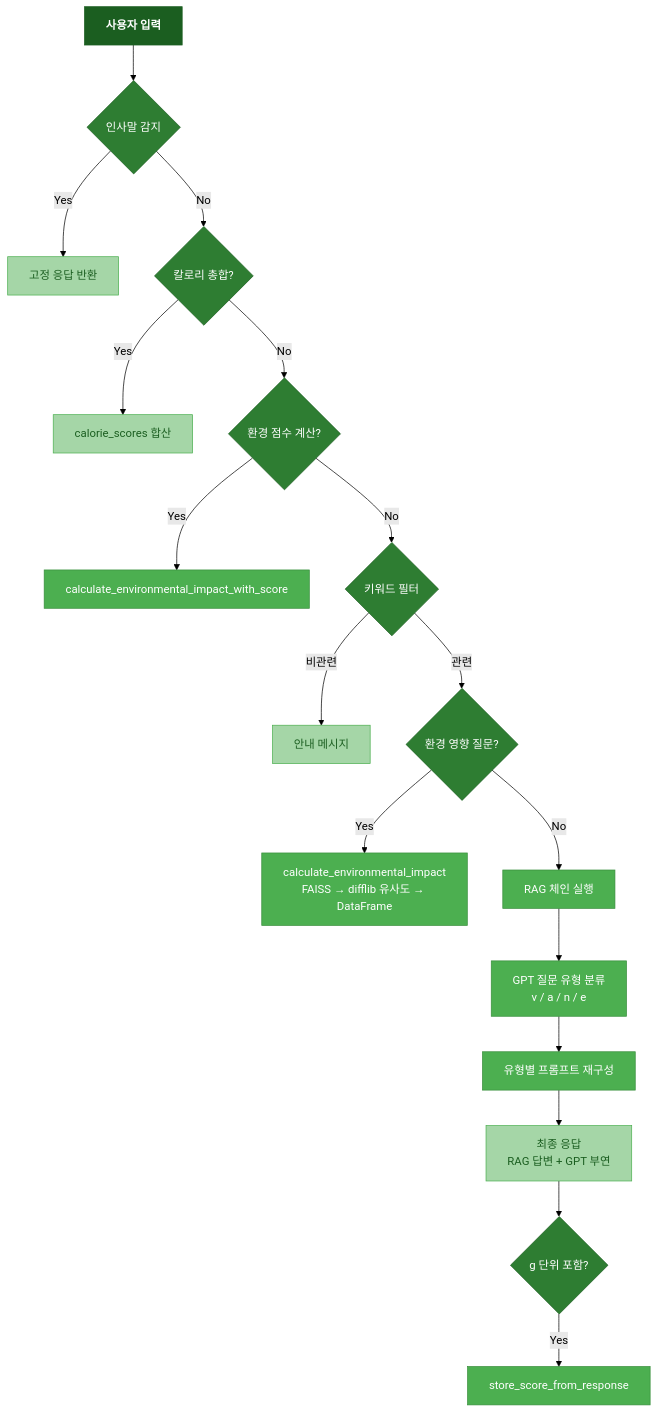
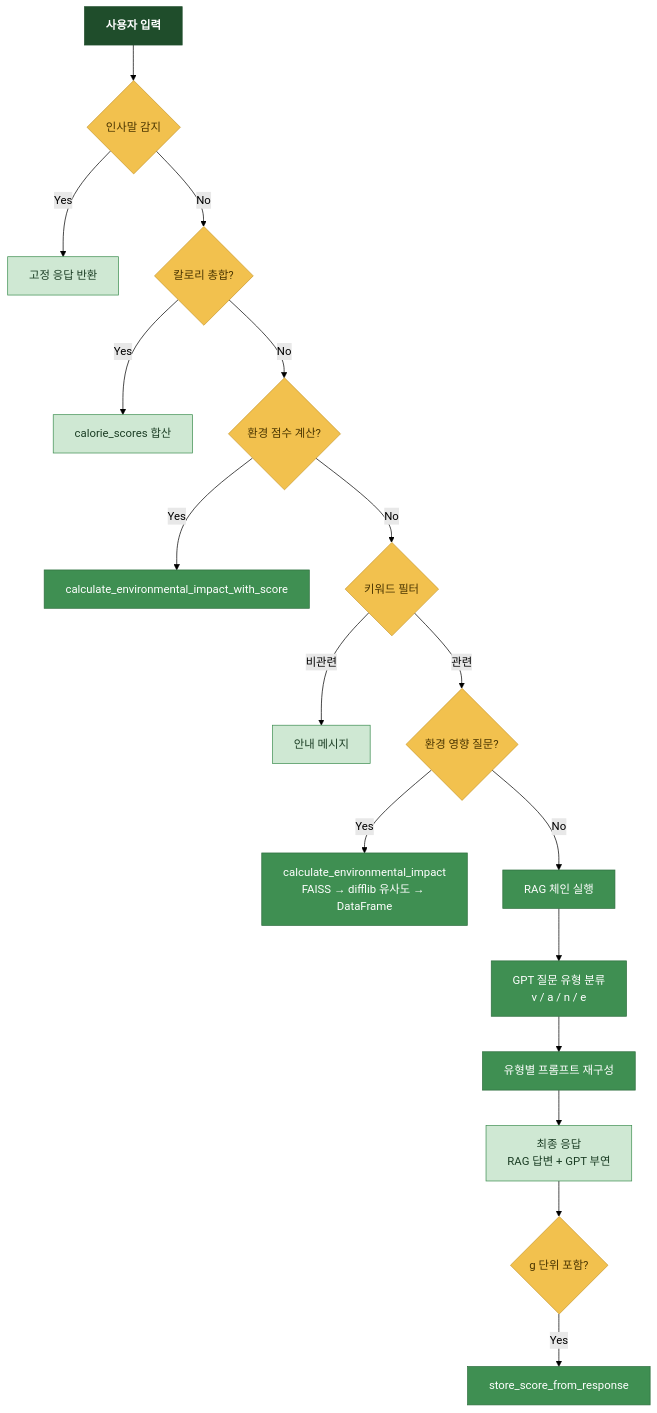
Before and after one commit to young017/VEGAN: the second of 3 diagrams in README.md, drawn with Mermaid (forest theme). The commit also changed other lines of this file, not shown here.

````diff
--- a/README.md
+++ b/README.md
@@ -25,24 +26,24 @@
 ```mermaid
 flowchart TD
-    classDef input  fill:#1b5e20,stroke:#1b5e20,color:#fff,font-weight:bold
-    classDef decide fill:#2E7D32,stroke:#1b5e20,color:#fff
-    classDef proc   fill:#4CAF50,stroke:#388E3C,color:#fff
-    classDef out    fill:#A5D6A7,stroke:#4CAF50,color:#1b5e20
+    classDef input  fill:#1F4D2B,stroke:#1F4D2B,color:#fff,font-weight:bold
+    classDef decide fill:#F2C14E,stroke:#C99A2E,color:#4A3500
+    classDef proc   fill:#3F8F52,stroke:#2E6E3E,color:#fff
+    classDef out    fill:#CFE8D3,stroke:#3F8F52,color:#1B3D24
 
     A[사용자 입력]:::input --> B{인사말 감지}:::decide
     B -->|Yes| C[고정 응답 반환]:::out
     B -->|No| D{칼로리 총합?}:::decide
     D -->|Yes| E[calorie_scores 합산]:::out
     D -->|No| F{환경 점수 계산?}:::decide
     F -->|Yes| G[calculate_environmental_impact_with_score]:::proc
     F -->|No| H{키워드 필터}:::decide
     H -->|비관련| I[안내 메시지]:::out
     H -->|관련| J{환경 영향 질문?}:::decide
     J -->|Yes| K[calculate_environmental_impact\nFAISS → difflib 유사도 → DataFrame]:::proc
     J -->|No| L[RAG 체인 실행]:::proc
     L --> M[GPT 질문 유형 분류\nv / a / n / e]:::proc
     M --> N[유형별 프롬프트 재구성]:::proc
     N --> O[최종 응답\nRAG 답변 + GPT 부연]:::out
     O --> P{g 단위 포함?}:::decide
     P -->|Yes| Q[store_score_from_response]:::proc
 ```
````
